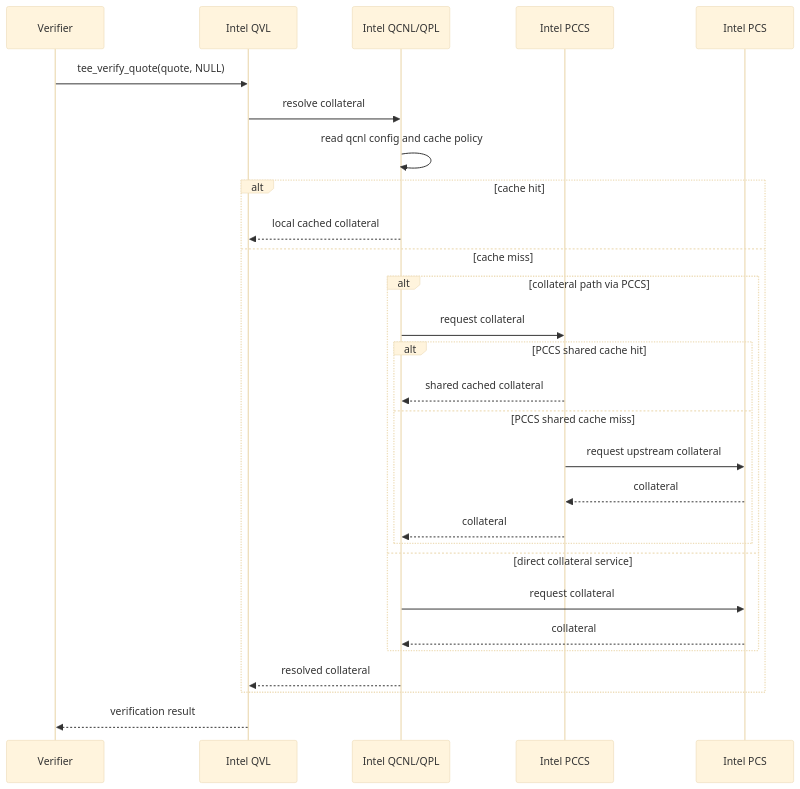
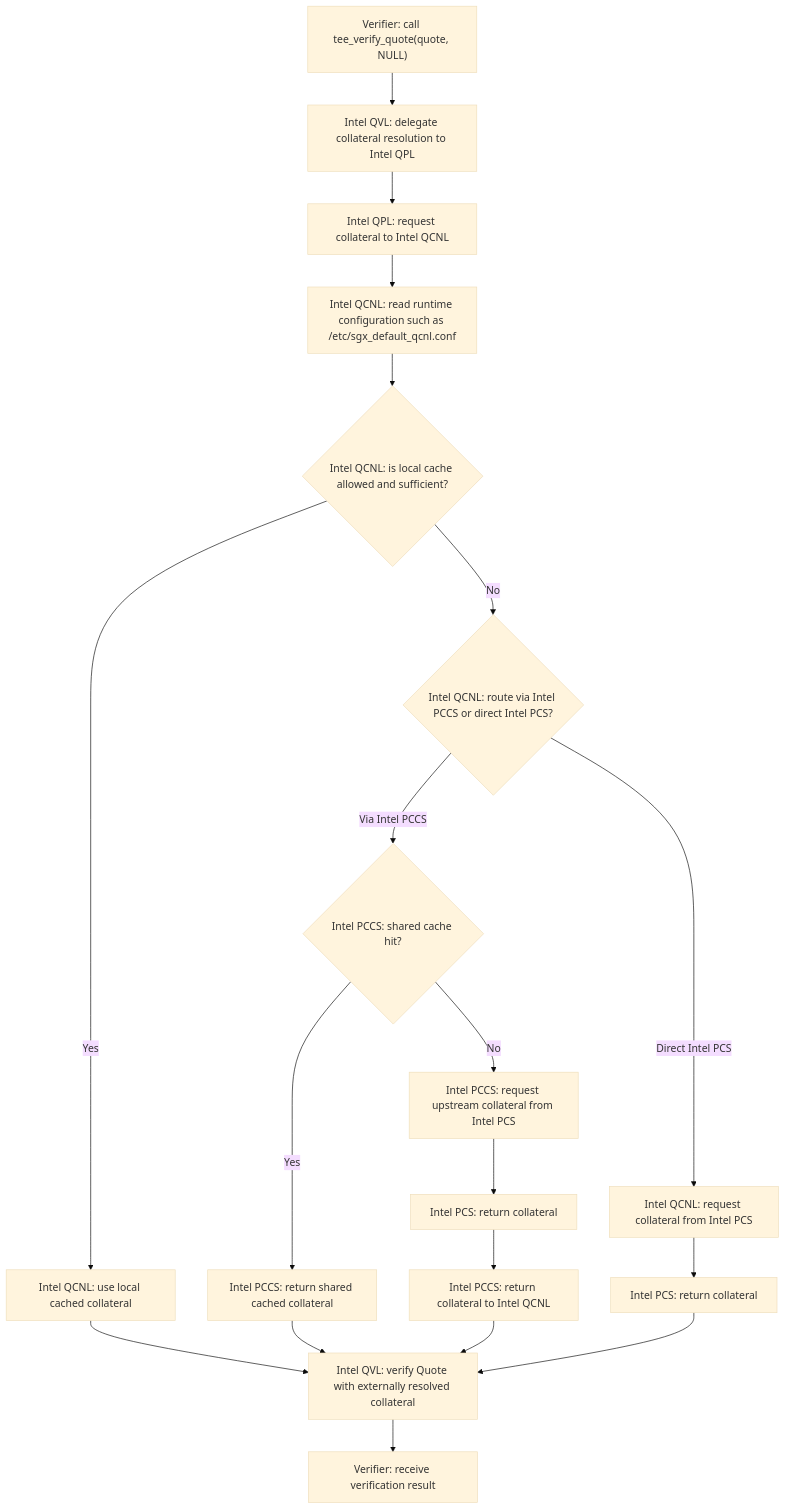
One commit to kentakayama/AttesTAM changed the second of 2 diagrams in doc/SGX_QUOTE_VERIFICATION.md. Above: the diagram before and after it, drawn with Mermaid (base theme). The commit also changed other lines of this file and 2 other files, not shown here.

Commit message:
revise: doc for SGX Quote Verification

````diff
--- a/doc/SGX_QUOTE_VERIFICATION.md
+++ b/doc/SGX_QUOTE_VERIFICATION.md
@@ -213,31 +224,22 @@
 ```mermaid
-sequenceDiagram
-    participant V as Verifier
-    participant Q as Intel QVL
-    participant N as Intel QCNL/QPL
-    participant S as Intel PCCS
-    participant I as Intel PCS
-
-    V->>Q: tee_verify_quote(quote, NULL)
-    Q->>N: resolve collateral
-    N->>N: read qcnl config and cache policy
-    alt cache hit
-        N-->>Q: local cached collateral
-    else cache miss
-        alt collateral path via PCCS
-            N->>S: request collateral
-            alt PCCS shared cache hit
-                S-->>N: shared cached collateral
-            else PCCS shared cache miss
-                S->>I: request upstream collateral
-                I-->>S: collateral
-                S-->>N: collateral
-            end
-        else direct collateral service
-            N->>I: request collateral
-            I-->>N: collateral
-        end
-        N-->>Q: resolved collateral
-    end
-    Q-->>V: verification result
+flowchart TD
+    A["Verifier: call tee_verify_quote(quote, NULL)"]
+    A --> B[Intel QVL: delegate collateral resolution to Intel QPL]
+    B --> C[Intel QPL: request collateral to Intel QCNL]
+    C --> D[Intel QCNL: read runtime configuration such as /etc/sgx_default_qcnl.conf]
+    D --> E{Intel QCNL: is local cache allowed and sufficient?}
+    E -- Yes --> F[Intel QCNL: use local cached collateral]
+    E -- No --> G{Intel QCNL: route via Intel PCCS or direct Intel PCS?}
+    G -- Via Intel PCCS --> H{Intel PCCS: shared cache hit?}
+    H -- Yes --> I[Intel PCCS: return shared cached collateral]
+    H -- No --> J[Intel PCCS: request upstream collateral from Intel PCS]
+    J --> K[Intel PCS: return collateral]
+    K --> L[Intel PCCS: return collateral to Intel QCNL]
+    G -- Direct Intel PCS --> M[Intel QCNL: request collateral from Intel PCS]
+    M --> N[Intel PCS: return collateral]
+    F --> O[Intel QVL: verify Quote with externally resolved collateral]
+    I --> O
+    L --> O
+    N --> O
+    O --> P[Verifier: receive verification result]
 ```
````
